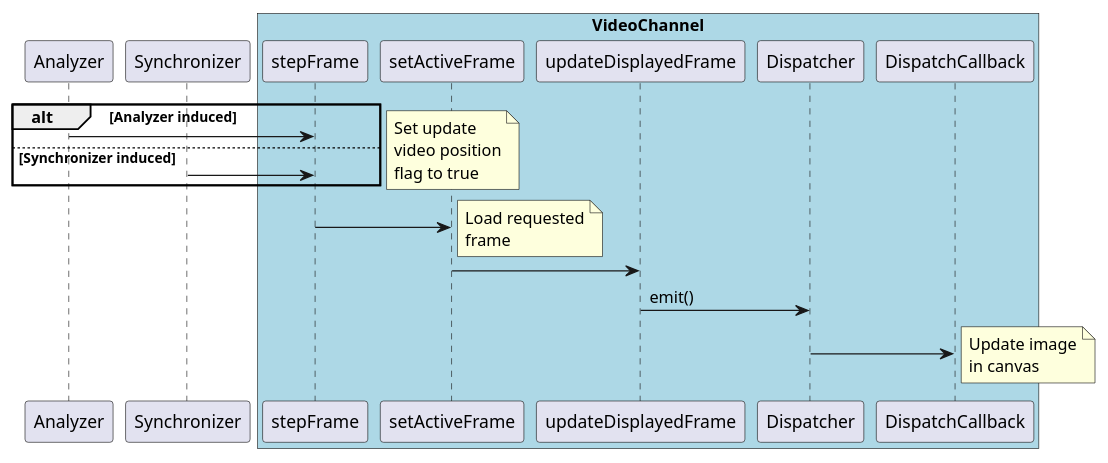
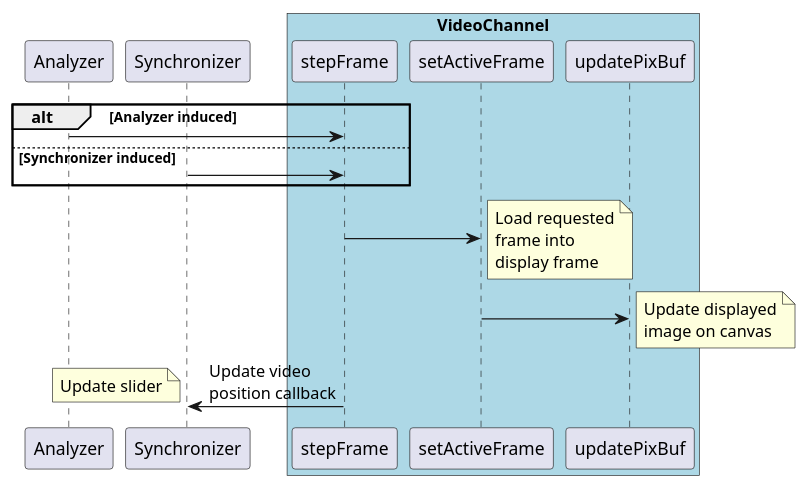
One commit to timwalsh41/SwingAnalyzer changed the third of 3 diagrams in design/Video channel frame update.md. Above: the diagram before and after it, drawn with PlantUML. The commit also changed other lines of this file and 3 other files, not shown here.

Commit message:
Intermediate commit Refactored frame update process in VideoChannel class, and updated documentation

````diff
--- a/design/Video channel frame update.md
+++ b/design/Video channel frame update.md
@@ -110,31 +81,28 @@
 ```plantuml
 
 @startuml 
 
 participant Analyzer
 participant Synchronizer
 
 box "VideoChannel" #LightBlue
 participant stepFrame
 participant setActiveFrame
-participant updateDisplayedFrame
-participant Dispatcher
-participant DispatchCallback
+participant updatePixBuf
 end box
 
 alt Analyzer induced
     Analyzer -> stepFrame
 else Synchronizer induced
     Synchronizer -> stepFrame
 end
-note right: Set update\nvideo position\nflag to true
 stepFrame -> setActiveFrame
-note right: Load requested\nframe
-setActiveFrame -> updateDisplayedFrame
-updateDisplayedFrame -> Dispatcher : emit()
-Dispatcher -> DispatchCallback
-note right: Update image\nin canvas
+note right: Load requested\nframe into\ndisplay frame
+setActiveFrame -> updatePixBuf
+note right: Update displayed\nimage on canvas
+stepFrame -> Synchronizer: Update video\nposition callback
+note left: Update slider
 
 @enduml
 
 ```
````
